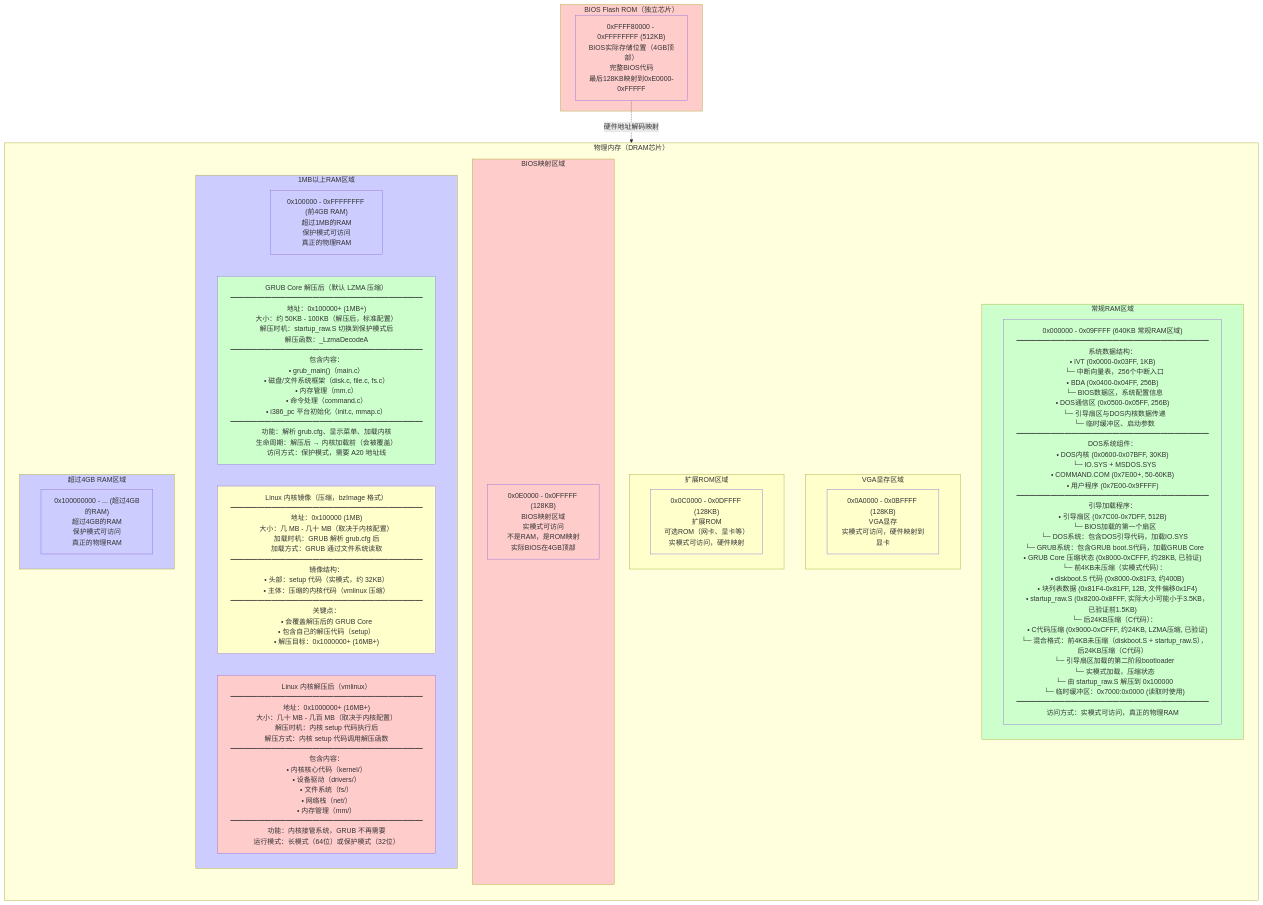
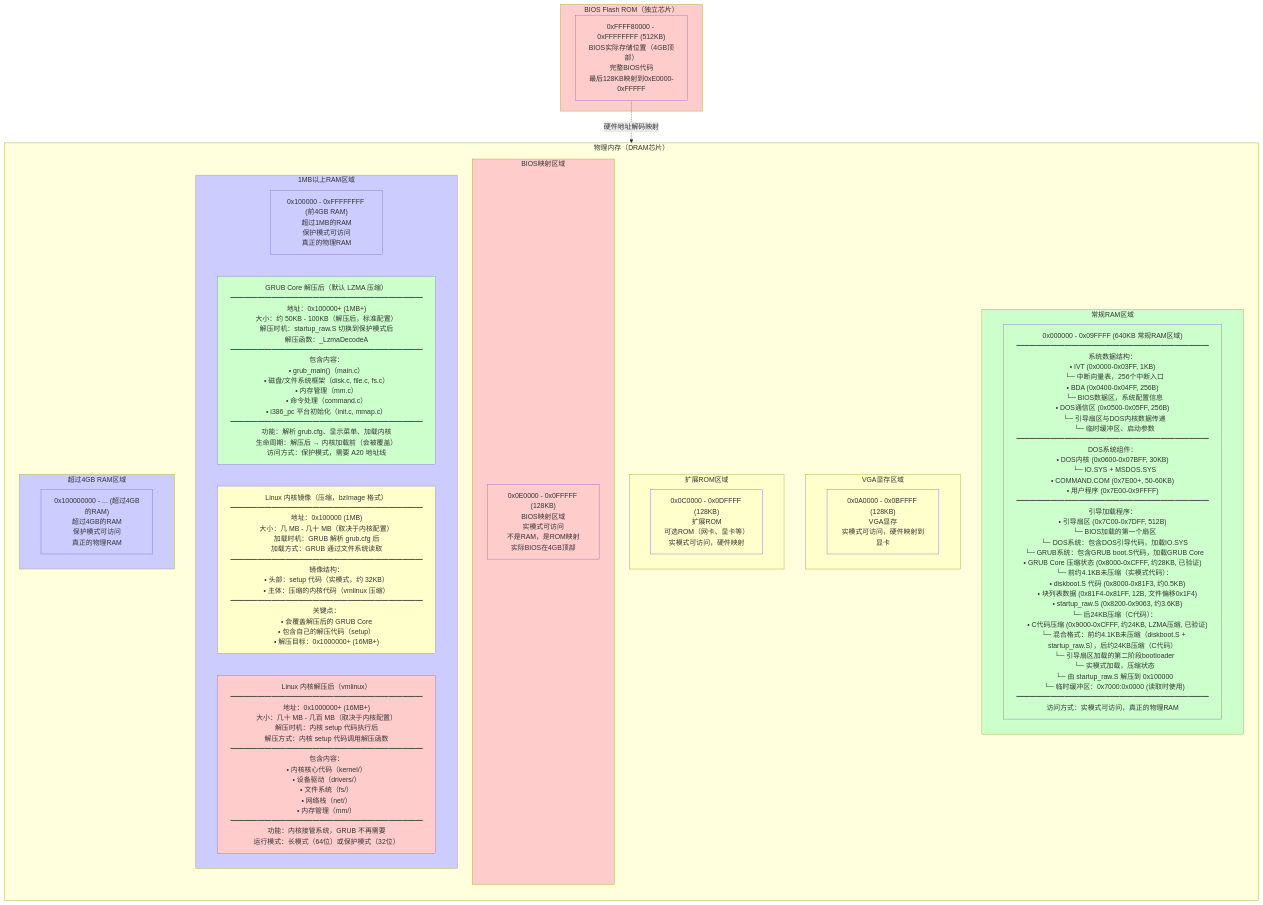
The diagram in BIOS_MEMORY_LAYOUT.md (liweinan/bootimage-example), drawn with Mermaid before and after one commit. The commit also changed other lines of this file and 2 other files, not shown here.

First line of the commit message:
更新 GRUB Core 分析：添加 boot.S 分析，更新实际大小数据

````diff
--- a/BIOS_MEMORY_LAYOUT.md
+++ b/BIOS_MEMORY_LAYOUT.md
@@ -287,57 +287,57 @@
    ```mermaid
    flowchart TB
        subgraph DRAM["物理内存（DRAM芯片）"]
            direction TB
            
            subgraph Low640KB["常规RAM区域"]
-               LowRAM["0x000000 - 0x09FFFF (640KB 常规RAM区域)<br/>━━━━━━━━━━━━━━━━━━━━━━━━━━━━<br/>系统数据结构：<br/>• IVT (0x0000-0x03FF, 1KB)<br/>  └─ 中断向量表，256个中断入口<br/>• BDA (0x0400-0x04FF, 256B)<br/>  └─ BIOS数据区，系统配置信息<br/>• DOS通信区 (0x0500-0x05FF, 256B)<br/>  └─ 引导扇区与DOS内核数据传递<br/>  └─ 临时缓冲区、启动参数<br/>━━━━━━━━━━━━━━━━━━━━━━━━━━━━<br/>DOS系统组件：<br/>• DOS内核 (0x0600-0x07BFF, 30KB)<br/>  └─ IO.SYS + MSDOS.SYS<br/>• COMMAND.COM (0x7E00+, 50-60KB)<br/>• 用户程序 (0x7E00-0x9FFFF)<br/>━━━━━━━━━━━━━━━━━━━━━━━━━━━━<br/>引导加载程序：<br/>• 引导扇区 (0x7C00-0x7DFF, 512B)<br/>  └─ BIOS加载的第一个扇区<br/>  └─ DOS系统：包含DOS引导代码，加载IO.SYS<br/>  └─ GRUB系统：包含GRUB boot.S代码，加载GRUB Core<br/>• GRUB Core 压缩状态 (0x8000-0xCFFF, 约28KB, 已验证)<br/>  └─ 前4KB未压缩（实模式代码）：<br/>     • diskboot.S 代码 (0x8000-0x81F3, 约400B)<br/>     • 块列表数据 (0x81F4-0x81FF, 12B, 文件偏移0x1F4)<br/>     • startup_raw.S (0x8200-0x8FFF, 实际大小可能小于3.5KB，已验证前1.5KB)<br/>  └─ 后24KB压缩（C代码）：<br/>     • C代码压缩 (0x9000-0xCFFF, 约24KB, LZMA压缩, 已验证)<br/>  └─ 混合格式：前4KB未压缩（diskboot.S + startup_raw.S），后24KB压缩（C代码）<br/>  └─ 引导扇区加载的第二阶段bootloader<br/>  └─ 实模式加载，压缩状态<br/>  └─ 由 startup_raw.S 解压到 0x100000<br/>  └─ 临时缓冲区：0x7000:0x0000 (读取时使用)<br/>━━━━━━━━━━━━━━━━━━━━━━━━━━━━<br/>访问方式：实模式可访问，真正的物理RAM"]
+               LowRAM["0x000000 - 0x09FFFF (640KB 常规RAM区域)<br/>━━━━━━━━━━━━━━━━━━━━━━━━━━━━<br/>系统数据结构：<br/>• IVT (0x0000-0x03FF, 1KB)<br/>  └─ 中断向量表，256个中断入口<br/>• BDA (0x0400-0x04FF, 256B)<br/>  └─ BIOS数据区，系统配置信息<br/>• DOS通信区 (0x0500-0x05FF, 256B)<br/>  └─ 引导扇区与DOS内核数据传递<br/>  └─ 临时缓冲区、启动参数<br/>━━━━━━━━━━━━━━━━━━━━━━━━━━━━<br/>DOS系统组件：<br/>• DOS内核 (0x0600-0x07BFF, 30KB)<br/>  └─ IO.SYS + MSDOS.SYS<br/>• COMMAND.COM (0x7E00+, 50-60KB)<br/>• 用户程序 (0x7E00-0x9FFFF)<br/>━━━━━━━━━━━━━━━━━━━━━━━━━━━━<br/>引导加载程序：<br/>• 引导扇区 (0x7C00-0x7DFF, 512B)<br/>  └─ BIOS加载的第一个扇区<br/>  └─ DOS系统：包含DOS引导代码，加载IO.SYS<br/>  └─ GRUB系统：包含GRUB boot.S代码，加载GRUB Core<br/>• GRUB Core 压缩状态 (0x8000-0xCFFF, 约28KB, 已验证)<br/>  └─ 前约4.1KB未压缩（实模式代码）：<br/>     • diskboot.S 代码 (0x8000-0x81F3, 约0.5KB)<br/>     • 块列表数据 (0x81F4-0x81FF, 12B, 文件偏移0x1F4)<br/>     • startup_raw.S (0x8200-0x9063, 约3.6KB)<br/>  └─ 后24KB压缩（C代码）：<br/>     • C代码压缩 (0x9000-0xCFFF, 约24KB, LZMA压缩, 已验证)<br/>  └─ 混合格式：前约4.1KB未压缩（diskboot.S + startup_raw.S），后约24KB压缩（C代码）<br/>  └─ 引导扇区加载的第二阶段bootloader<br/>  └─ 实模式加载，压缩状态<br/>  └─ 由 startup_raw.S 解压到 0x100000<br/>  └─ 临时缓冲区：0x7000:0x0000 (读取时使用)<br/>━━━━━━━━━━━━━━━━━━━━━━━━━━━━<br/>访问方式：实模式可访问，真正的物理RAM"]
            end
            
            subgraph VGARAM["VGA显存区域"]
                VGAMem["0x0A0000 - 0x0BFFFF (128KB)<br/>VGA显存<br/>实模式可访问，硬件映射到显卡"]
            end
            
            subgraph ExtROM["扩展ROM区域"]
                OptionROM["0x0C0000 - 0x0DFFFF (128KB)<br/>扩展ROM<br/>可选ROM（网卡、显卡等）<br/>实模式可访问，硬件映射"]
            end
            
            subgraph BIOSMap["BIOS映射区域"]
                BIOSMapped["0x0E0000 - 0x0FFFFF (128KB)<br/>BIOS映射区域<br/>实模式可访问<br/>不是RAM，是ROM映射<br/>实际BIOS在4GB顶部"]
            end
            
            subgraph Above1MB["1MB以上RAM区域"]
                RAM4GB["0x100000 - 0xFFFFFFFF (前4GB RAM)<br/>超过1MB的RAM<br/>保护模式可访问<br/>真正的物理RAM"]
                GRUBDecomp["GRUB Core 解压后（默认 LZMA 压缩）<br/>━━━━━━━━━━━━━━━━━━━━━━━━━━━━<br/>地址：0x100000+ (1MB+)<br/>大小：约 50KB - 100KB（解压后，标准配置）<br/>解压时机：startup_raw.S 切换到保护模式后<br/>解压函数：_LzmaDecodeA<br/>━━━━━━━━━━━━━━━━━━━━━━━━━━━━<br/>包含内容：<br/>• grub_main()（main.c）<br/>• 磁盘/文件系统框架（disk.c, file.c, fs.c）<br/>• 内存管理（mm.c）<br/>• 命令处理（command.c）<br/>• i386_pc 平台初始化（init.c, mmap.c）<br/>━━━━━━━━━━━━━━━━━━━━━━━━━━━━<br/>功能：解析 grub.cfg、显示菜单、加载内核<br/>生命周期：解压后 → 内核加载前（会被覆盖）<br/>访问方式：保护模式，需要 A20 地址线"]
                KernelLoad["Linux 内核镜像（压缩，bzImage 格式）<br/>━━━━━━━━━━━━━━━━━━━━━━━━━━━━<br/>地址：0x100000 (1MB)<br/>大小：几 MB - 几十 MB（取决于内核配置）<br/>加载时机：GRUB 解析 grub.cfg 后<br/>加载方式：GRUB 通过文件系统读取<br/>━━━━━━━━━━━━━━━━━━━━━━━━━━━━<br/>镜像结构：<br/>• 头部：setup 代码（实模式，约 32KB）<br/>• 主体：压缩的内核代码（vmlinux 压缩）<br/>━━━━━━━━━━━━━━━━━━━━━━━━━━━━<br/>关键点：<br/>• 会覆盖解压后的 GRUB Core<br/>• 包含自己的解压代码（setup）<br/>• 解压目标：0x1000000+ (16MB+)"]
                KernelDecomp["Linux 内核解压后（vmlinux）<br/>━━━━━━━━━━━━━━━━━━━━━━━━━━━━<br/>地址：0x1000000+ (16MB+)<br/>大小：几十 MB - 几百 MB（取决于内核配置）<br/>解压时机：内核 setup 代码执行后<br/>解压方式：内核 setup 代码调用解压函数<br/>━━━━━━━━━━━━━━━━━━━━━━━━━━━━<br/>包含内容：<br/>• 内核核心代码（kernel/）<br/>• 设备驱动（drivers/）<br/>• 文件系统（fs/）<br/>• 网络栈（net/）<br/>• 内存管理（mm/）<br/>━━━━━━━━━━━━━━━━━━━━━━━━━━━━<br/>功能：内核接管系统，GRUB 不再需要<br/>运行模式：长模式（64位）或保护模式（32位）"]
            end
            
            subgraph Above4GB["超过4GB RAM区域"]
                RAM8GB["0x100000000 - ... (超过4GB的RAM)<br/>超过4GB的RAM<br/>保护模式可访问<br/>真正的物理RAM"]
            end
        end
        
        subgraph BIOSROM["BIOS Flash ROM（独立芯片）"]
            BIOSFull["0xFFFF80000 - 0xFFFFFFFF (512KB)<br/>BIOS实际存储位置（4GB顶部）<br/>完整BIOS代码<br/>最后128KB映射到0xE0000-0xFFFFF"]
        end
        
        BIOSFull -.->|"硬件地址解码映射"| BIOSMapped
        
        style Low640KB fill:#ccffcc
        style LowRAM fill:#ccffcc
        style VGARAM fill:#ffffcc
        style VGAMem fill:#ffffcc
        style ExtROM fill:#ffffcc
        style OptionROM fill:#ffffcc
        style BIOSMap fill:#ffcccc
        style BIOSMapped fill:#ffcccc
        style Above1MB fill:#ccccff
        style RAM4GB fill:#ccccff
        style GRUBDecomp fill:#ccffcc
        style KernelLoad fill:#ffffcc
        style KernelDecomp fill:#ffcccc
        style Above4GB fill:#ccccff
        style RAM8GB fill:#ccccff
        style BIOSROM fill:#ffcccc
        style BIOSFull fill:#ffcccc
    ```
````
